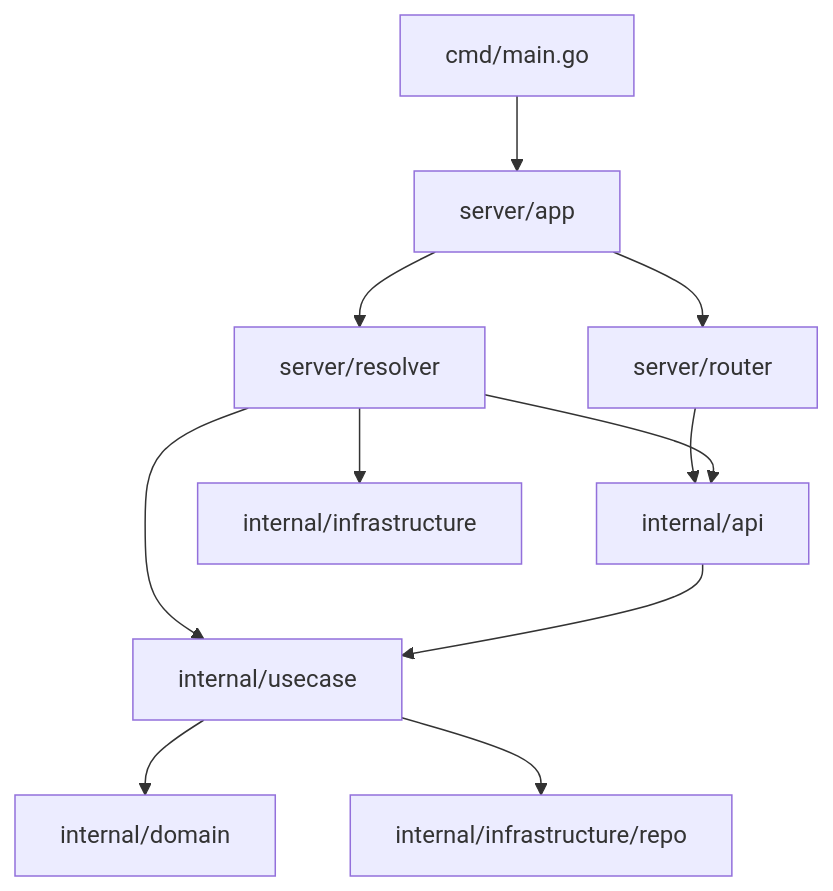
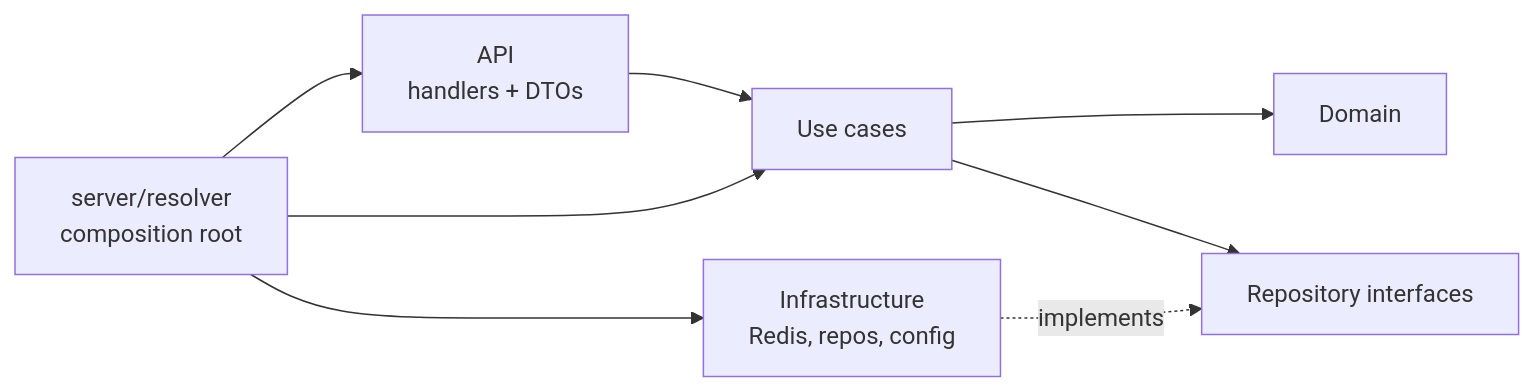
One commit to olx-india/go-service-template-clean-architecture changed the diagram in README.md. Above: the diagram before and after it, drawn with Mermaid. The commit also changed other lines of this file and 14 other files, not shown here.

````diff
--- a/README.md
+++ b/README.md
@@ -49,13 +80,10 @@
 ```mermaid
-flowchart TB
-    cmd[cmd/main.go] --> app[server/app]
-    app --> resolver[server/resolver]
-    app --> router[server/router]
-    router --> api[internal/api]
-    resolver --> api
-    resolver --> usecase[internal/usecase]
-    resolver --> infra[internal/infrastructure]
-    api --> usecase
-    usecase --> domain[internal/domain]
-    usecase --> repo[internal/infrastructure/repo]
+flowchart LR
+    api[API<br/>handlers + DTOs] --> usecase[Use cases]
+    usecase --> domain[Domain]
+    usecase --> ports[Repository interfaces]
+    infra[Infrastructure<br/>Redis, repos, config] -.implements.-> ports
+    resolver[server/resolver<br/>composition root] --> api
+    resolver --> usecase
+    resolver --> infra
 ```
````
